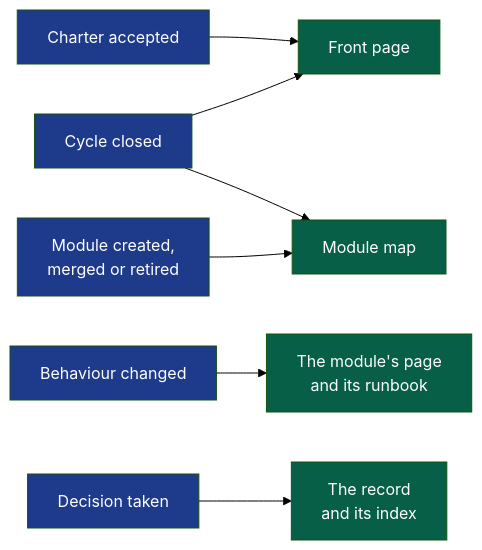
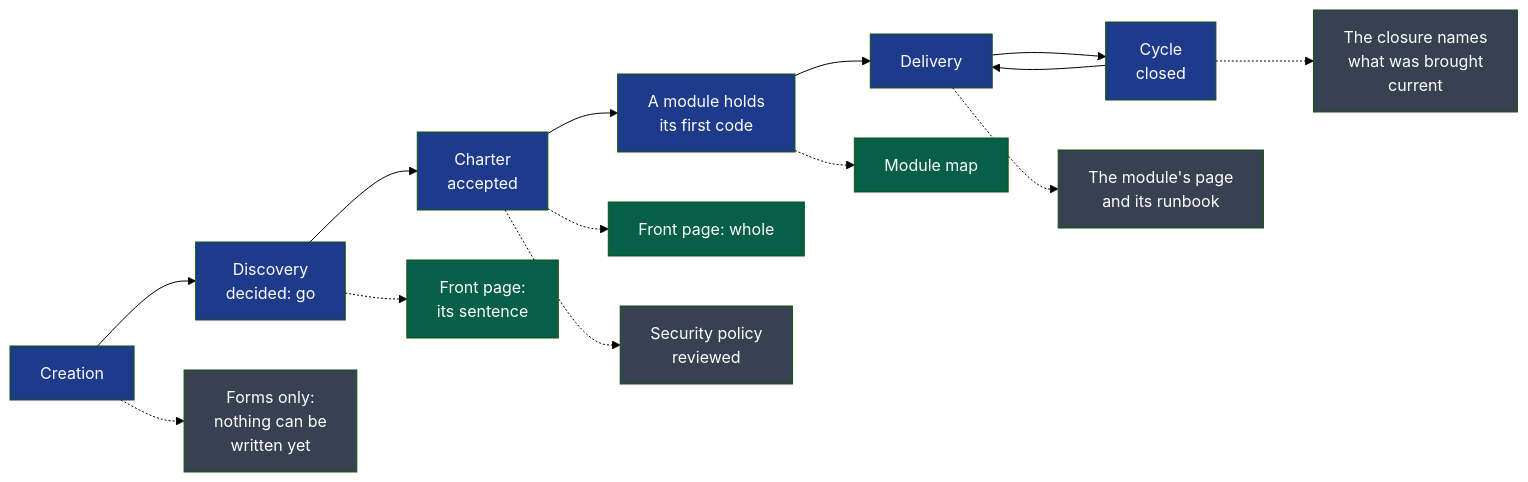
Before and after one commit to NapkinStack/engineering-os: the third of 3 diagrams in skeleton/docs/os/06-decisions.md, drawn with Mermaid (forest theme). The commit also changed other lines of this file and 24 other files, not shown here.

````diff
--- a/skeleton/docs/os/06-decisions.md
+++ b/skeleton/docs/os/06-decisions.md
@@ -331,12 +330,18 @@
 ```mermaid
 flowchart LR
-    CH["Charter accepted"]:::event --> FP["Front page"]:::doc
-    CY["Cycle closed"]:::event --> FP
-    CY --> MM
-    MO["Module created,<br/>merged or retired"]:::event --> MM["Module map"]:::doc
-    BE["Behaviour changed"]:::event --> MD["The module's page<br/>and its runbook"]:::doc
-    DE["Decision taken"]:::event --> IX["The record<br/>and its index"]:::doc
+    P0["Creation"]:::phase --> P1["Discovery<br/>decided: go"]:::phase --> P2["Charter<br/>accepted"]:::phase
+    P2 --> P3["A module holds<br/>its first code"]:::phase --> P4["Delivery"]:::phase --> P5["Cycle<br/>closed"]:::phase
+    P5 --> P4
 
-    classDef event fill:#1e3a8a,color:#fff
-    classDef doc fill:#065f46,color:#fff
+    P0 -.-> D0["Forms only:<br/>nothing can be<br/>written yet"]:::owed
+    P1 -.-> D1["Front page:<br/>its sentence"]:::machine
+    P2 -.-> D2["Front page: whole"]:::machine
+    P2 -.-> D2b["Security policy<br/>reviewed"]:::owed
+    P3 -.-> D3["Module map"]:::machine
+    P4 -.-> D4["The module's page<br/>and its runbook"]:::owed
+    P5 -.-> D5["The closure names<br/>what was brought<br/>current"]:::owed
+
+    classDef phase fill:#1e3a8a,color:#fff
+    classDef machine fill:#065f46,color:#fff
+    classDef owed fill:#374151,color:#fff
 ```
````
